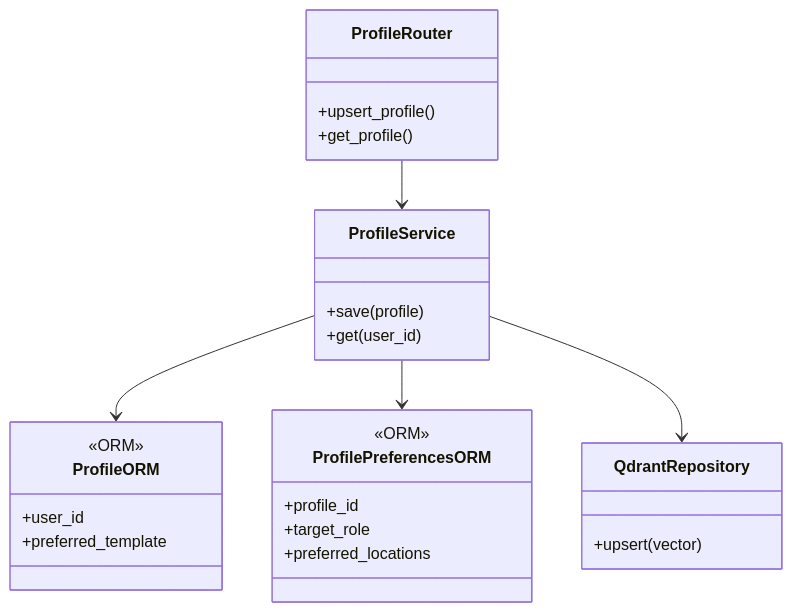
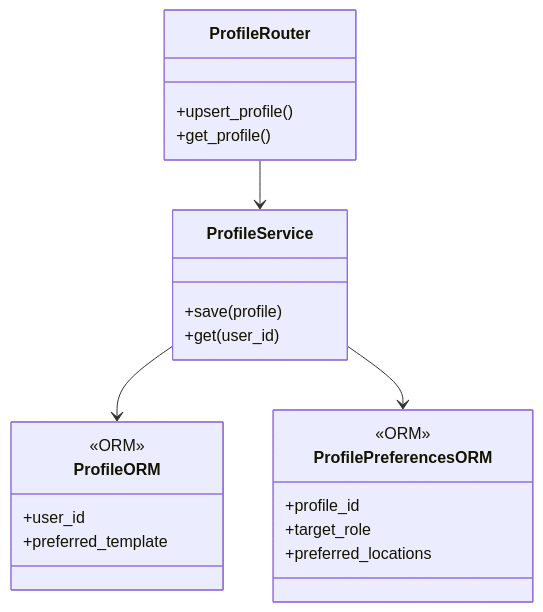
The fourth of 9 diagrams in docs/CLASS_DIAGRAM.md (Tooltu-deve/Autonomous-Career-Agent), drawn with Mermaid before and after one commit. The commit also changed other lines of this file and 16 other files, not shown here.

Commit message:
refactor: remove Qdrant/RAG, cv-agent reads profile from Postgres

````diff
--- a/docs/CLASS_DIAGRAM.md
+++ b/docs/CLASS_DIAGRAM.md
@@ -114,29 +114,25 @@
 ```mermaid
 classDiagram
     class ProfileRouter {
         +upsert_profile()
         +get_profile()
     }
     class ProfileService {
         +save(profile)
         +get(user_id)
     }
     class ProfileORM {
         <<ORM>>
         +user_id
         +preferred_template
     }
     class ProfilePreferencesORM {
         <<ORM>>
         +profile_id
         +target_role
         +preferred_locations
     }
-    class QdrantRepository {
-        +upsert(vector)
-    }
     ProfileRouter --> ProfileService
     ProfileService --> ProfileORM
     ProfileService --> ProfilePreferencesORM
-    ProfileService --> QdrantRepository
 ```
````
